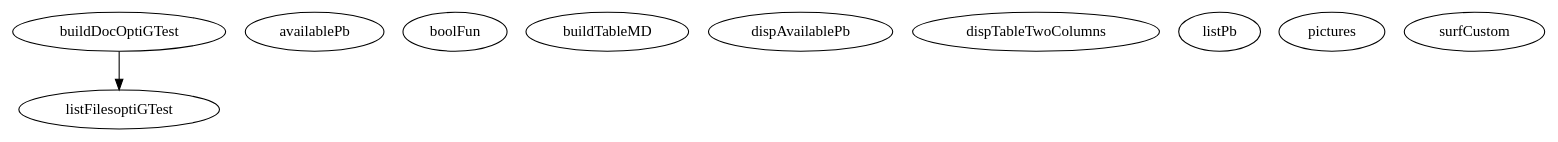
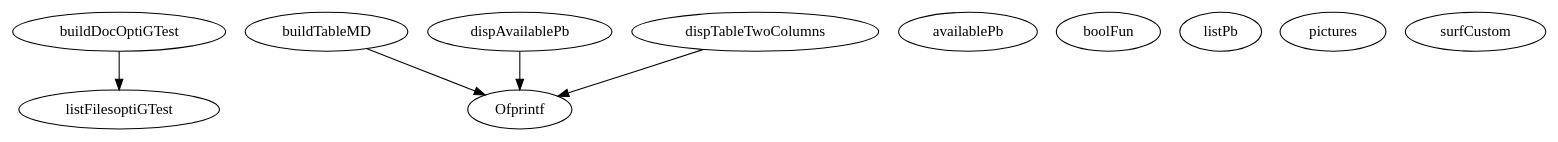
The diagram in various/doc/optiGTest/various/graph.dot (luclaurent/optiGTest), drawn with Graphviz before and after one commit. The commit also changed 364 other files, not shown here.

```diff
--- a/various/doc/optiGTest/various/graph.dot
+++ b/various/doc/optiGTest/various/graph.dot
@@ -1,15 +1,19 @@
 /* Created by mdot for Matlab */
 digraph m2html {
   buildDocOptiGTest -> listFilesoptiGTest;
+  buildTableMD -> Ofprintf;
+  dispAvailablePb -> Ofprintf;
+  dispTableTwoColumns -> Ofprintf;
 
+  Ofprintf [URL="Ofprintf.html"];
   availablePb [URL="availablePb.html"];
   boolFun [URL="boolFun.html"];
   buildDocOptiGTest [URL="buildDocOptiGTest.html"];
   buildTableMD [URL="buildTableMD.html"];
   dispAvailablePb [URL="dispAvailablePb.html"];
   dispTableTwoColumns [URL="dispTableTwoColumns.html"];
   listFilesoptiGTest [URL="listFilesoptiGTest.html"];
   listPb [URL="listPb.html"];
   pictures [URL="pictures.html"];
   surfCustom [URL="surfCustom.html"];
 }
```
